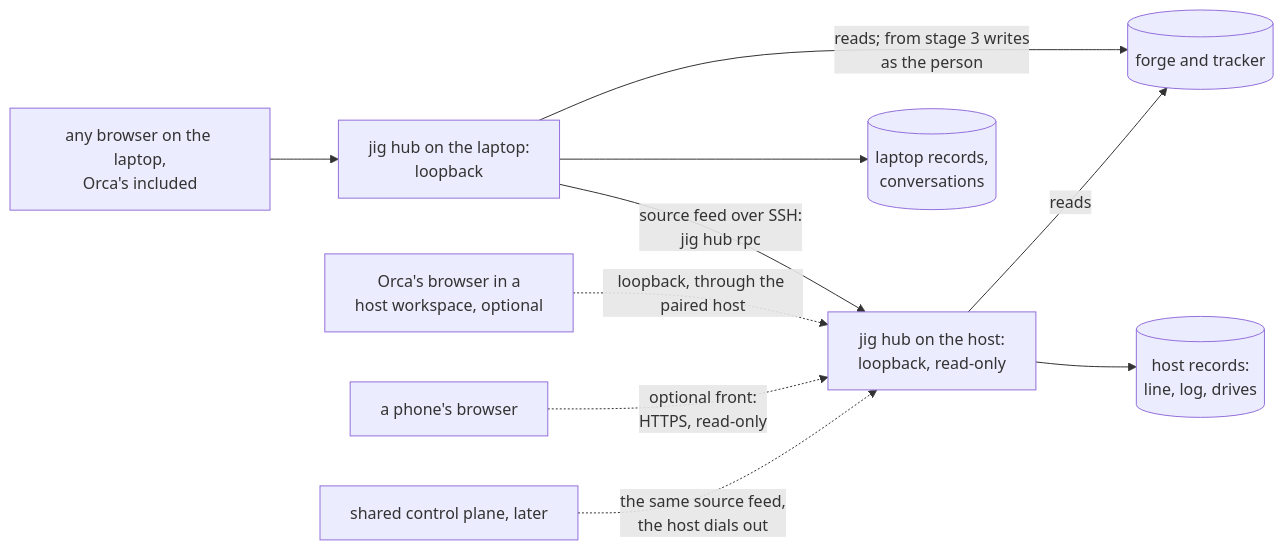
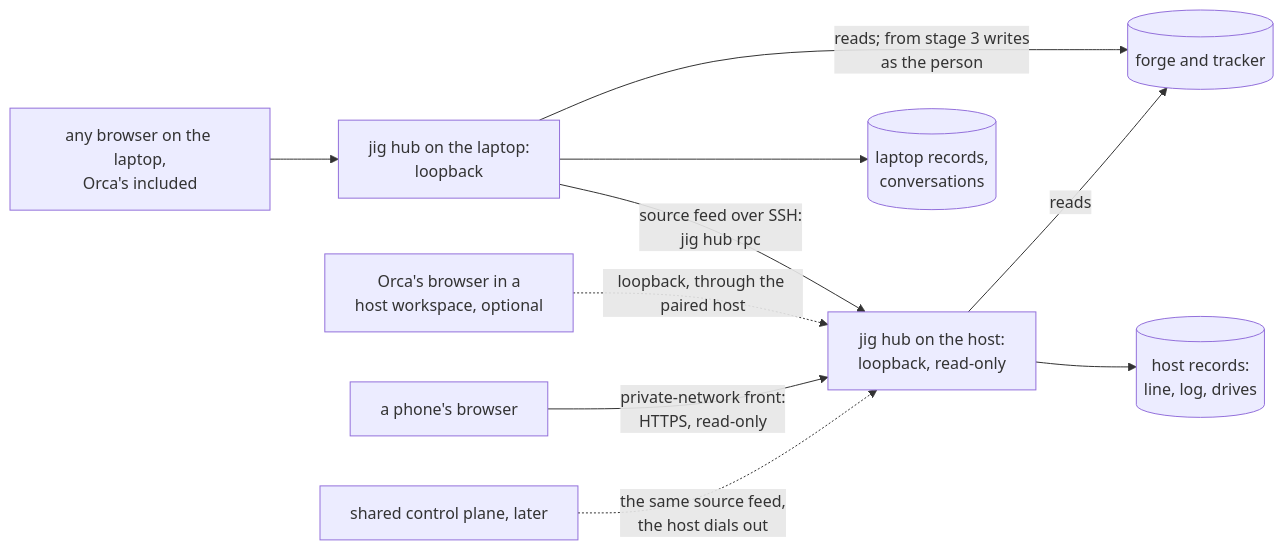
One commit to jig-harness/jig changed the diagram in design/hub.md. Above: the diagram before and after it, drawn with Mermaid. The commit also changed other lines of this file and 4 other files, not shown here.

Commit message:
docs(hub): require phone access with an explicit read-only scope

````diff
--- a/design/hub.md
+++ b/design/hub.md
@@ -68,12 +77,12 @@
 ```mermaid
 flowchart LR
   LB[any browser on the laptop,<br/>Orca's included] --> LH[jig hub on the laptop:<br/>loopback]
   OB[Orca's browser in a<br/>host workspace, optional] -.->|loopback, through the paired host| HH[jig hub on the host:<br/>loopback, read-only]
-  PH[a phone's browser] -.->|optional front:<br/>HTTPS, read-only| HH
+  PH[a phone's browser] -->|private-network front:<br/>HTTPS, read-only| HH
   LH -->|source feed over SSH:<br/>jig hub rpc| HH
   HH --> HR[(host records:<br/>line, log, drives)]
   LH --> LR[(laptop records,<br/>conversations)]
   HH -->|reads| F[(forge and tracker)]
   LH -->|reads; from stage 3 writes<br/>as the person| F
   CP[shared control plane, later] -.->|the same source feed,<br/>the host dials out| HH
 ```
````
